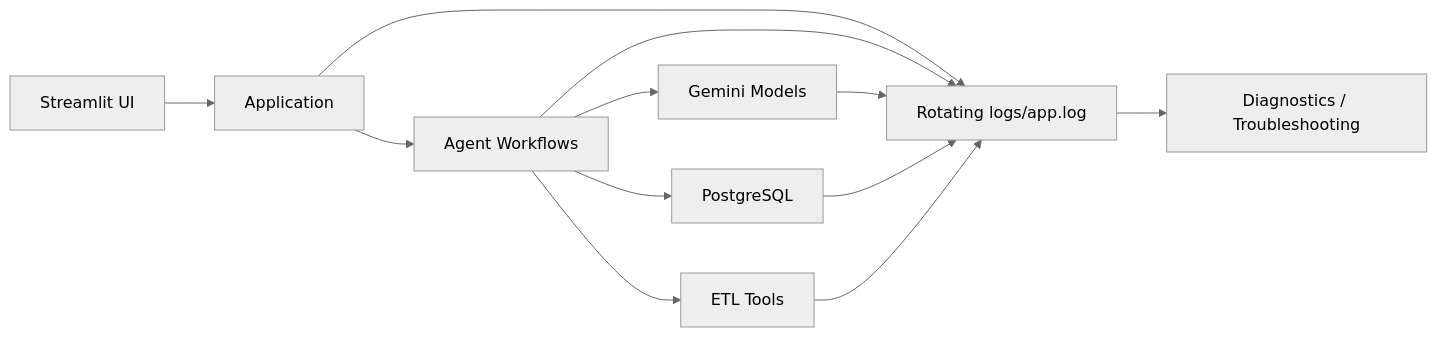
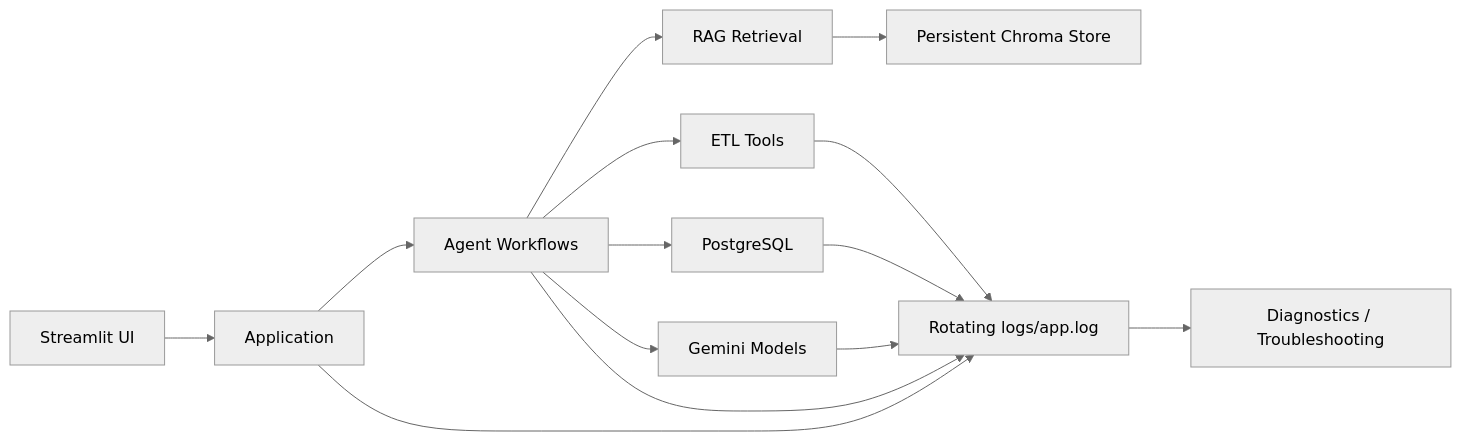
One commit to swapniltake1/agentic-data-intelligence-platform changed the seventh of 8 diagrams in README.md. Above: the diagram before and after it, drawn with Mermaid (neutral theme). The commit also changed other lines of this file and 11 other files, not shown here.

Commit message:
fix: update README and architecture diagram

````diff
--- a/README.md
+++ b/README.md
@@ -117,14 +154,16 @@
 ```mermaid
 flowchart LR
     UI["Streamlit UI"] --> APP["Application"]
     APP --> AGENTS["Agent Workflows"]
     AGENTS --> MODEL["Gemini Models"]
     AGENTS --> DB["PostgreSQL"]
     AGENTS --> ETL["ETL Tools"]
+    AGENTS --> RAG["RAG Retrieval"]
+    RAG --> CHROMA["Persistent Chroma Store"]
     APP --> LOG["Rotating logs/app.log"]
     AGENTS --> LOG
     MODEL --> LOG
     DB --> LOG
     ETL --> LOG
     LOG --> OPS["Diagnostics / Troubleshooting"]
 ```
````
